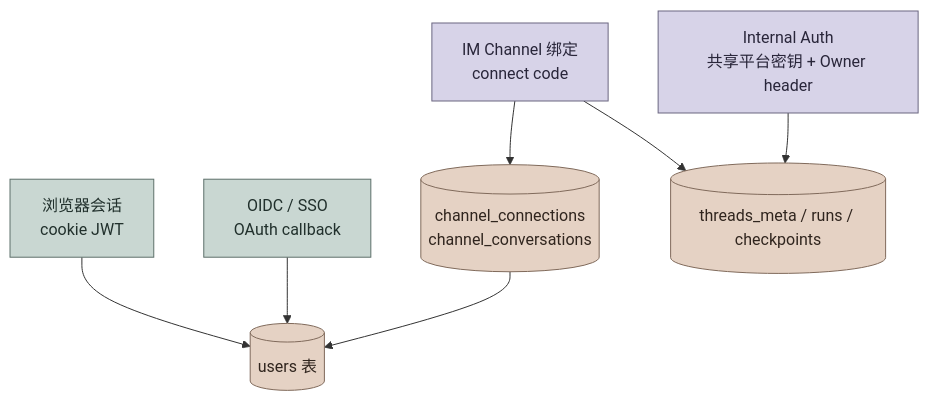
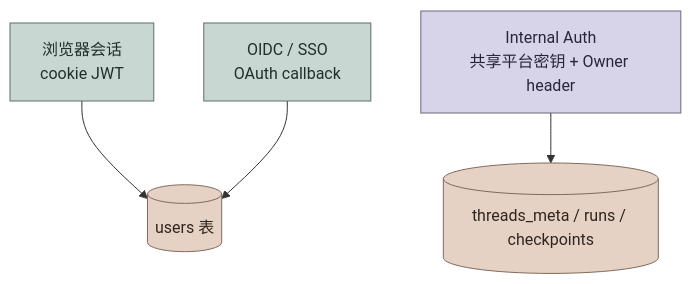
The second of 2 diagrams in backend/docs/AUTH_DESIGN.md (zgozh/InsightFlow), drawn with Mermaid before and after one commit. The commit also changed other lines of this file and 191 other files, not shown here.

````diff
--- a/backend/docs/AUTH_DESIGN.md
+++ b/backend/docs/AUTH_DESIGN.md
@@ -273,20 +258,16 @@
 ```mermaid
 graph TB
   classDef browser fill:#C9D7D2,stroke:#5D706A,color:#21302C
   classDef platform fill:#D7D3E8,stroke:#6B6680,color:#29263A
   classDef store fill:#E5D2C4,stroke:#806A5B,color:#30251E
 
   Browser["浏览器会话<br/>cookie JWT"]:::browser
   OIDC["OIDC / SSO<br/>OAuth callback"]:::browser
-  IM["IM Channel 绑定<br/>connect code"]:::platform
   Internal["Internal Auth<br/>共享平台密钥 + Owner header"]:::platform
   Users[("users 表")]:::store
   Threads[("threads_meta / runs / checkpoints")]:::store
-  Bindings[("channel_connections<br/>channel_conversations")]:::store
 
   Browser --> Users
   OIDC --> Users
-  IM --> Bindings --> Users
-  IM --> Threads
   Internal --> Threads
 ```
````
